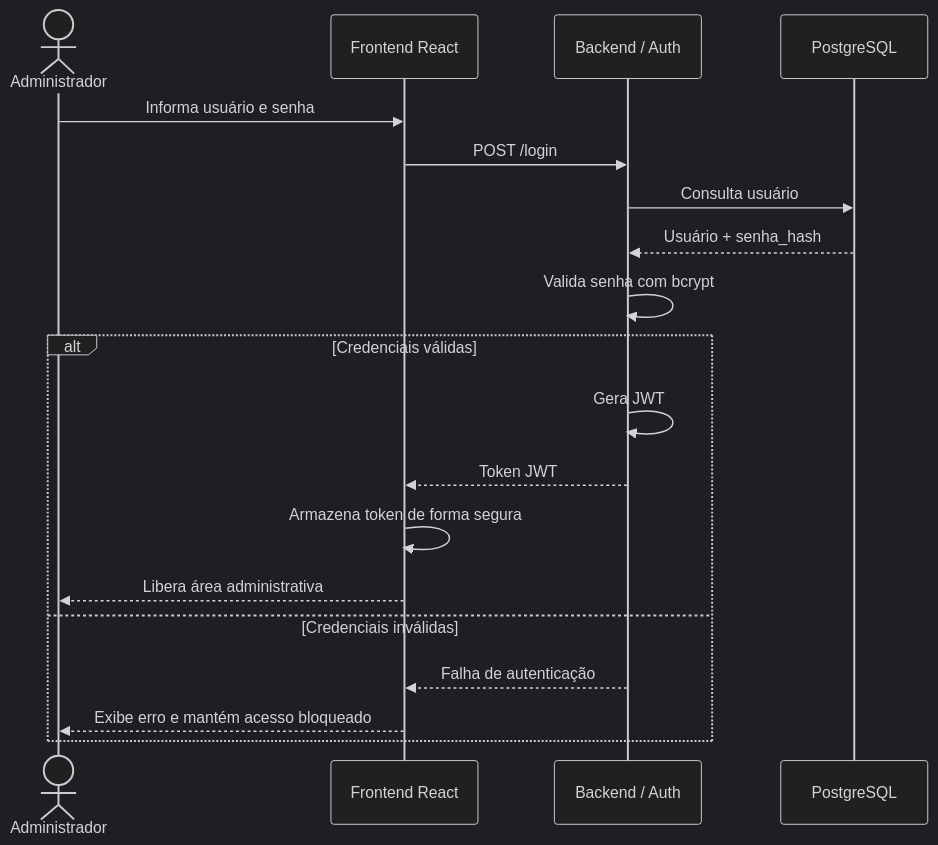
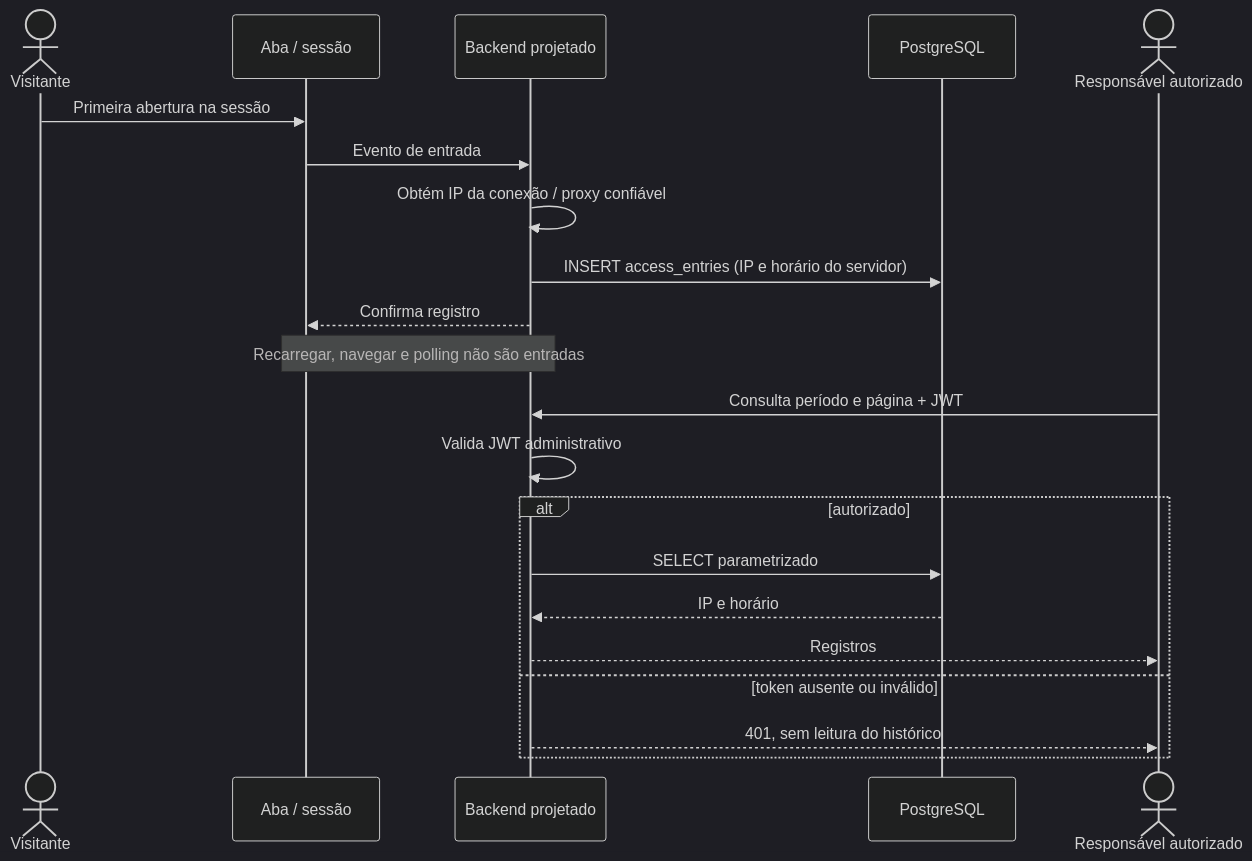
Before and after one commit to DEVassos/greener-app: the fourth of 5 diagrams in docs/arquitetura/modelagem-uml.md, drawn with Mermaid (dark theme). The commit also changed other lines of this file and 11 other files, not shown here.

Commit message:
docs(docs): sincroniza UML, cálculos e verificações (#5) [RF10]

````diff
--- a/docs/arquitetura/modelagem-uml.md
+++ b/docs/arquitetura/modelagem-uml.md
@@ -332,23 +203,23 @@
 ```mermaid
 sequenceDiagram
-    actor Admin as Administrador
-    participant FE as Frontend React
-    participant Auth as Backend / Auth
+    actor Visitor as Visitante
+    participant Tab as Aba / sessão
+    participant API as Backend projetado
     participant DB as PostgreSQL
-
-    Admin->>FE: Informa usuário e senha
-    FE->>Auth: POST /login
-    Auth->>DB: Consulta usuário
-    DB-->>Auth: Usuário + senha_hash
-    Auth->>Auth: Valida senha com bcrypt
-
-    alt Credenciais válidas
-        Auth->>Auth: Gera JWT
-        Auth-->>FE: Token JWT
-        FE->>FE: Armazena token de forma segura
-        FE-->>Admin: Libera área administrativa
-    else Credenciais inválidas
-        Auth-->>FE: Falha de autenticação
-        FE-->>Admin: Exibe erro e mantém acesso bloqueado
+    Visitor->>Tab: Primeira abertura na sessão
+    Tab->>API: Evento de entrada
+    API->>API: Obtém IP da conexão / proxy confiável
+    API->>DB: INSERT access_entries (IP e horário do servidor)
+    API-->>Tab: Confirma registro
+    Note over Tab,API: Recarregar, navegar e polling não são entradas
+    actor Admin as Responsável autorizado
+    Admin->>API: Consulta período e página + JWT
+    API->>API: Valida JWT administrativo
+    alt autorizado
+        API->>DB: SELECT parametrizado
+        DB-->>API: IP e horário
+        API-->>Admin: Registros
+    else token ausente ou inválido
+        API-->>Admin: 401, sem leitura do histórico
     end
 ```
````
